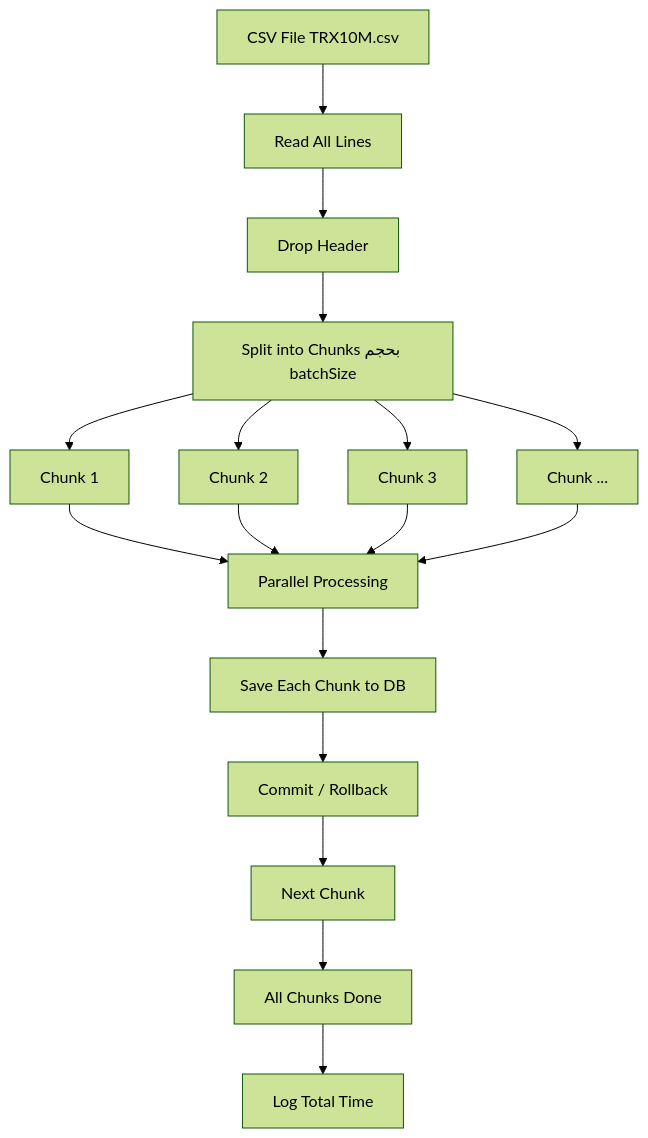
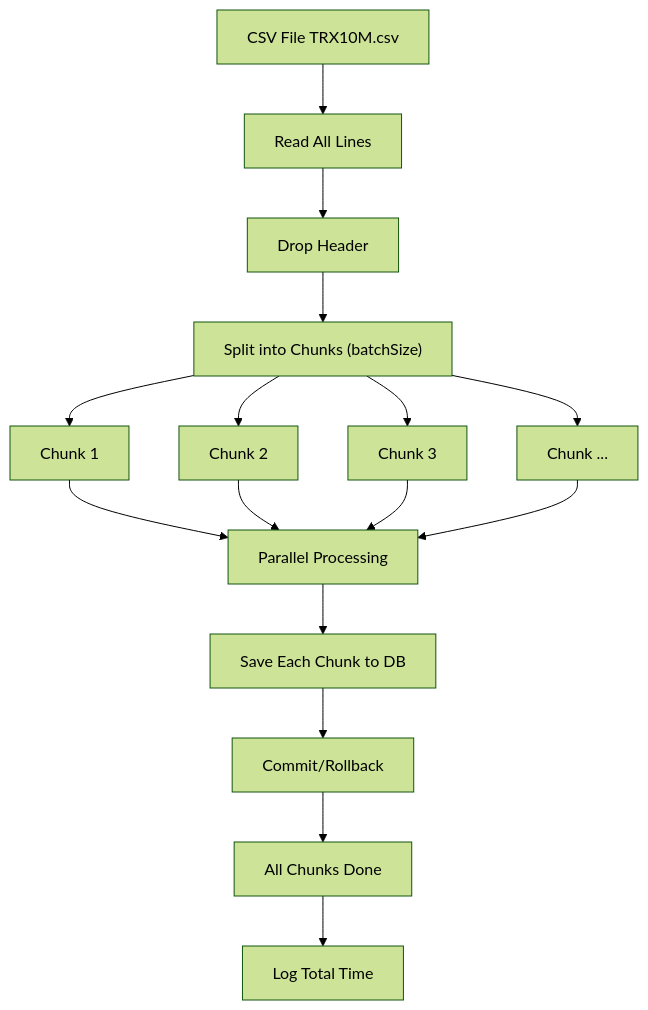
One commit to shahdhamdi/scala-parallel-rule-engine changed the diagram in README.md. Above: the diagram before and after it, drawn with Mermaid (forest theme).

Commit message:
Update flowchart in README f

````diff
--- a/README.md
+++ b/README.md
@@ -98,22 +98,21 @@
 ```mermaid
 flowchart TD
     A[CSV File TRX10M.csv] --> B[Read All Lines]
     B --> C[Drop Header]
-    C --> D[Split into Chunks بحجم batchSize]
-
+    C --> D["Split into Chunks (batchSize)"]
+    
     D --> E[Chunk 1]
     D --> F[Chunk 2]
     D --> G[Chunk 3]
     D --> H[Chunk ...]
-
+    
     E --> I[Parallel Processing]
     F --> I
     G --> I
     H --> I
-
+    
     I --> J[Save Each Chunk to DB]
-    J --> K[Commit / Rollback]
-    K --> L[Next Chunk]
-    L --> M[All Chunks Done]
-    M --> N[Log Total Time]
+    J --> K[Commit/Rollback]
+    K --> L[All Chunks Done]
+    L --> M[Log Total Time]
 ```
````
